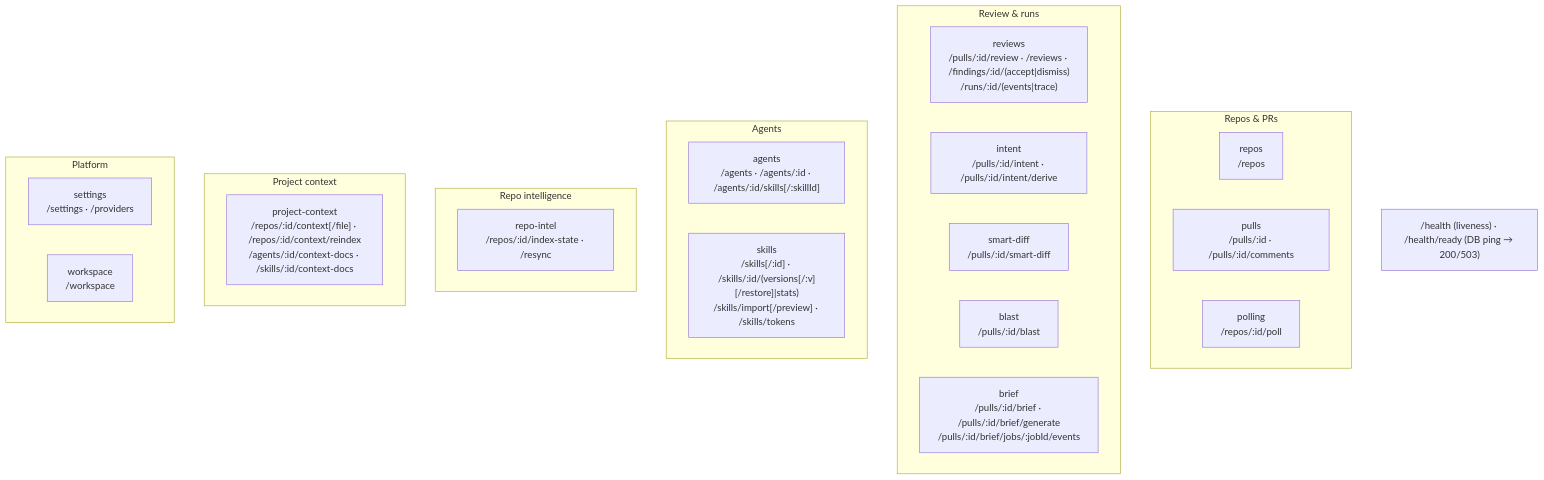
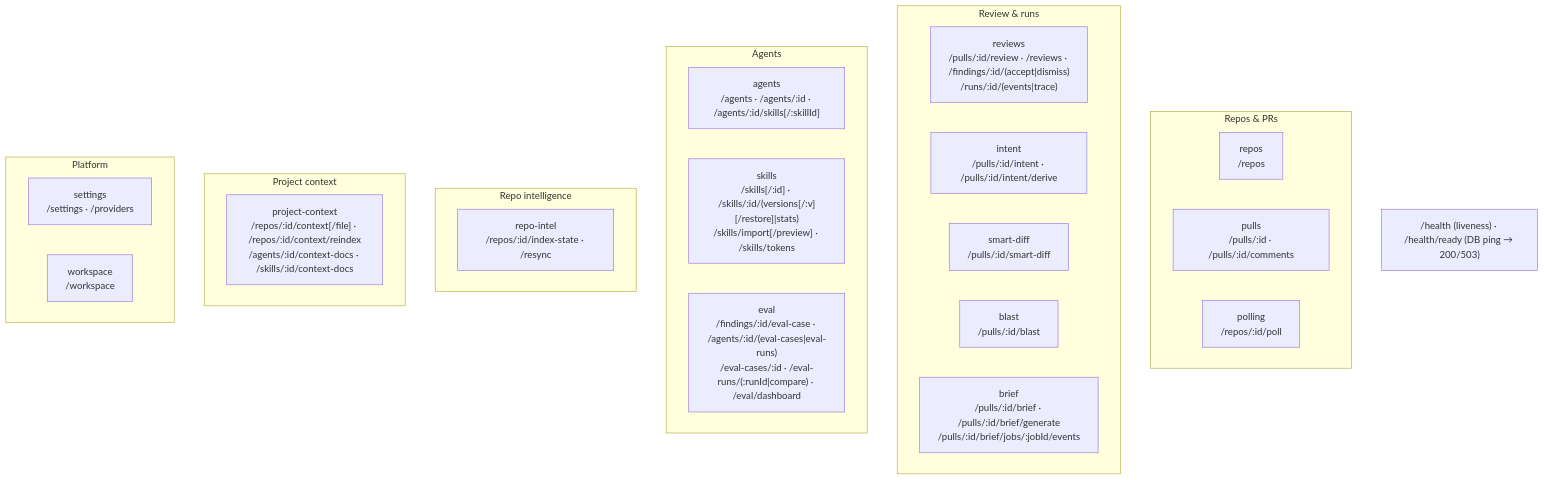
The second of 2 diagrams in server/README.md (shofulk/dev-digest), drawn with Mermaid before and after one commit. The commit also changed other lines of this file and 5 other files, not shown here.

````diff
--- a/server/README.md
+++ b/server/README.md
@@ -64,30 +64,31 @@
 ```mermaid
 flowchart TB
   subgraph Repos_PRs["Repos & PRs"]
     repos["repos<br/>/repos"]
     pulls["pulls<br/>/pulls/:id · /pulls/:id/comments"]
     polling["polling<br/>/repos/:id/poll"]
   end
   subgraph Review["Review & runs"]
     reviews["reviews<br/>/pulls/:id/review · /reviews · /findings/:id/(accept|dismiss)<br/>/runs/:id/(events|trace)"]
     intent["intent<br/>/pulls/:id/intent · /pulls/:id/intent/derive"]
     smartDiff["smart-diff<br/>/pulls/:id/smart-diff"]
     blast["blast<br/>/pulls/:id/blast"]
     brief["brief<br/>/pulls/:id/brief · /pulls/:id/brief/generate<br/>/pulls/:id/brief/jobs/:jobId/events"]
   end
   subgraph Agents["Agents"]
     agents["agents<br/>/agents · /agents/:id · /agents/:id/skills[/:skillId]"]
     skills["skills<br/>/skills[/:id] · /skills/:id/(versions[/:v][/restore]|stats)<br/>/skills/import[/preview] · /skills/tokens"]
+    evals["eval<br/>/findings/:id/eval-case · /agents/:id/(eval-cases|eval-runs)<br/>/eval-cases/:id · /eval-runs/(:runId|compare) · /eval/dashboard"]
   end
   subgraph Intel["Repo intelligence"]
     repoIntel["repo-intel<br/>/repos/:id/index-state · /resync"]
   end
   subgraph ProjectContext["Project context"]
     projectContext["project-context<br/>/repos/:id/context[/file] · /repos/:id/context/reindex<br/>/agents/:id/context-docs · /skills/:id/context-docs"]
   end
   subgraph Platform["Platform"]
     settings["settings<br/>/settings · /providers"]
     workspace["workspace<br/>/workspace"]
   end
   HEALTH["/health (liveness) · /health/ready (DB ping → 200/503)"]
 ```
````
